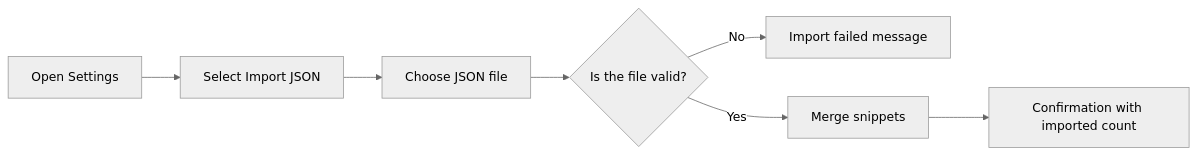
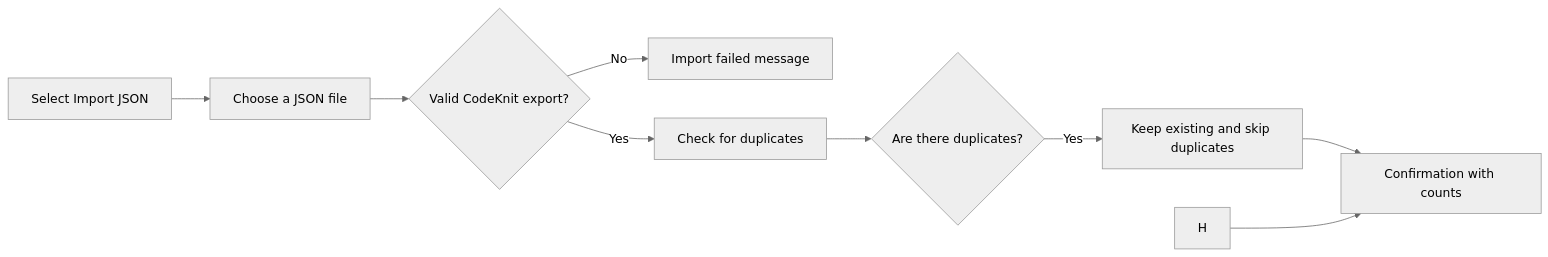
The second of 2 diagrams in api2-documentation/plan_2026-11-02_f8890e/user-facing-docs/import-and-export.md (Mohita111/API2), drawn with Mermaid (neutral theme) before and after one commit. The commit also changed other lines of this file and 13 other files, not shown here.

````diff
--- a/api2-documentation/plan_2026-11-02_f8890e/user-facing-docs/import-and-export.md
+++ b/api2-documentation/plan_2026-11-02_f8890e/user-facing-docs/import-and-export.md
@@ -65,9 +49,11 @@
 ```mermaid
 graph LR
-    A[Open Settings] --> B[Select Import JSON]
-    B --> C[Choose JSON file]
-    C --> D{"Is the file valid?"}
-    D -->|No| E[Import failed message]
-    D -->|Yes| F[Merge snippets]
-    F --> G[Confirmation with imported count]
+  A[Select Import JSON] --> B[Choose a JSON file]
+  B --> C{"Valid CodeKnit export?"}
+  C -- "No" --> D[Import failed message]
+  C -- "Yes" --> E[Check for duplicates]
+  E --> F{"Are there duplicates?"}
+  F -- "Yes" --> G[Keep existing and skip duplicates]
+  G --> I[Confirmation with counts]
+  H --> I
 ```
````
